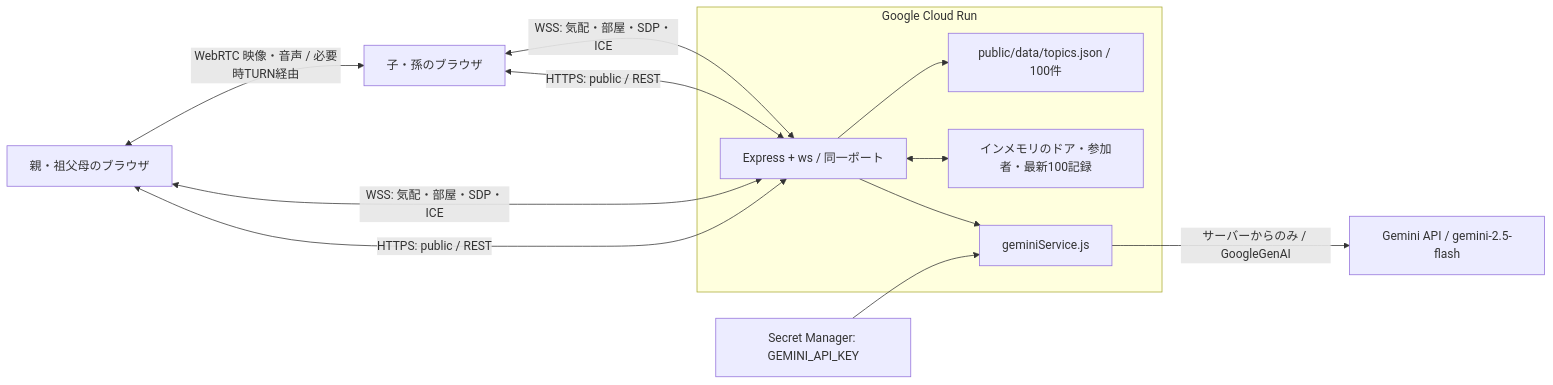
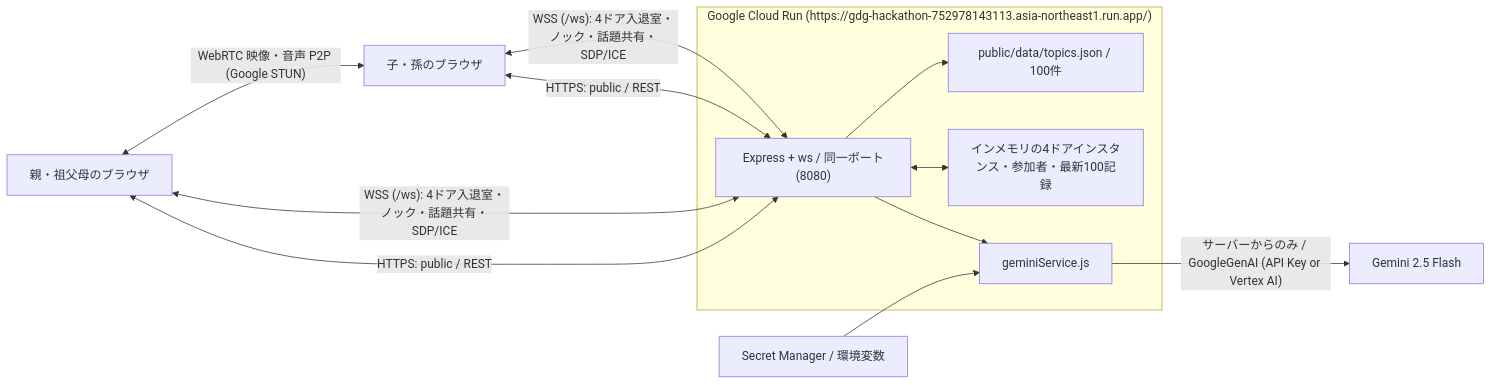
The diagram in ARCHITECTURE.md (Devfest-Hackathon-2026/df-2026-t043), drawn with Mermaid before and after one commit. The commit also changed other lines of this file and 12 other files, not shown here.

````diff
--- a/ARCHITECTURE.md
+++ b/ARCHITECTURE.md
@@ -9,16 +13,16 @@
 ```mermaid
 flowchart LR
-  A[親・祖父母のブラウザ] <-->|HTTPS: public / REST| R
-  B[子・孫のブラウザ] <-->|HTTPS: public / REST| R
-  A <-->|WSS: 気配・部屋・SDP・ICE| R
-  B <-->|WSS: 気配・部屋・SDP・ICE| R
-  subgraph Google Cloud Run
-    R[Express + ws / 同一ポート]
-    R --> S[geminiService.js]
-    R <--> M[インメモリのドア・参加者・最新100記録]
-    R --> T[public/data/topics.json / 100件]
+  A["親・祖父母のブラウザ"] <-->|"HTTPS: public / REST"| R
+  B["子・孫のブラウザ"] <-->|"HTTPS: public / REST"| R
+  A <-->|"WSS (/ws): 4ドア入退室・ノック・話題共有・SDP/ICE"| R
+  B <-->|"WSS (/ws): 4ドア入退室・ノック・話題共有・SDP/ICE"| R
+  subgraph CloudRun["Google Cloud Run (https://gdg-hackathon-752978143113.asia-northeast1.run.app/)"]
+    R["Express + ws / 同一ポート(8080)"]
+    R --> S["geminiService.js"]
+    R <--> M["インメモリの4ドアインスタンス・参加者・最新100記録"]
+    R --> T["public/data/topics.json / 100件"]
   end
-  S -->|サーバーからのみ / GoogleGenAI| G[Gemini API / gemini-2.5-flash]
-  K[Secret Manager: GEMINI_API_KEY] --> S
-  A <-->|WebRTC 映像・音声 / 必要時TURN経由| B
+  S -->|"サーバーからのみ / GoogleGenAI (API Key or Vertex AI)"| G["Gemini 2.5 Flash"]
+  K["Secret Manager / 環境変数"] --> S
+  A <-->|"WebRTC 映像・音声 P2P (Google STUN)"| B
 ```
````
